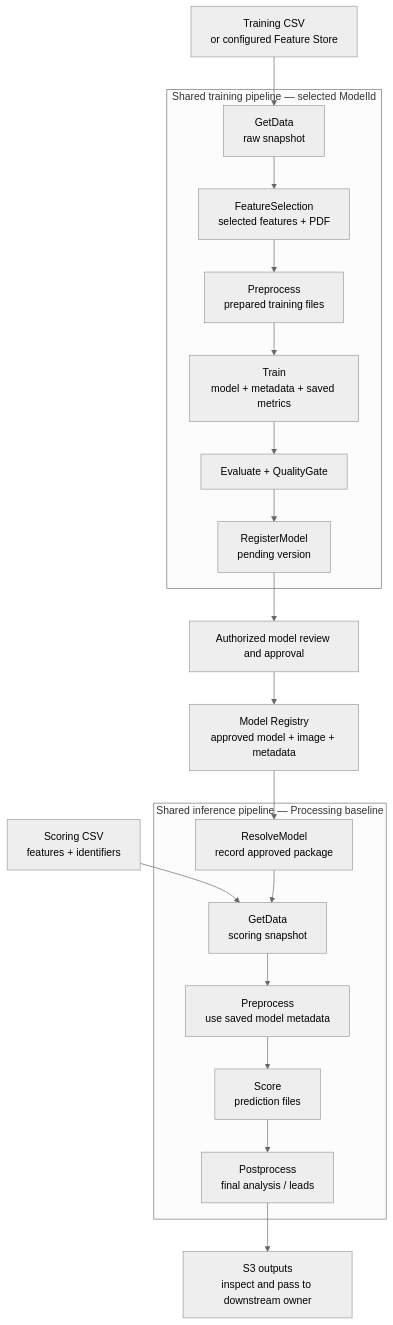
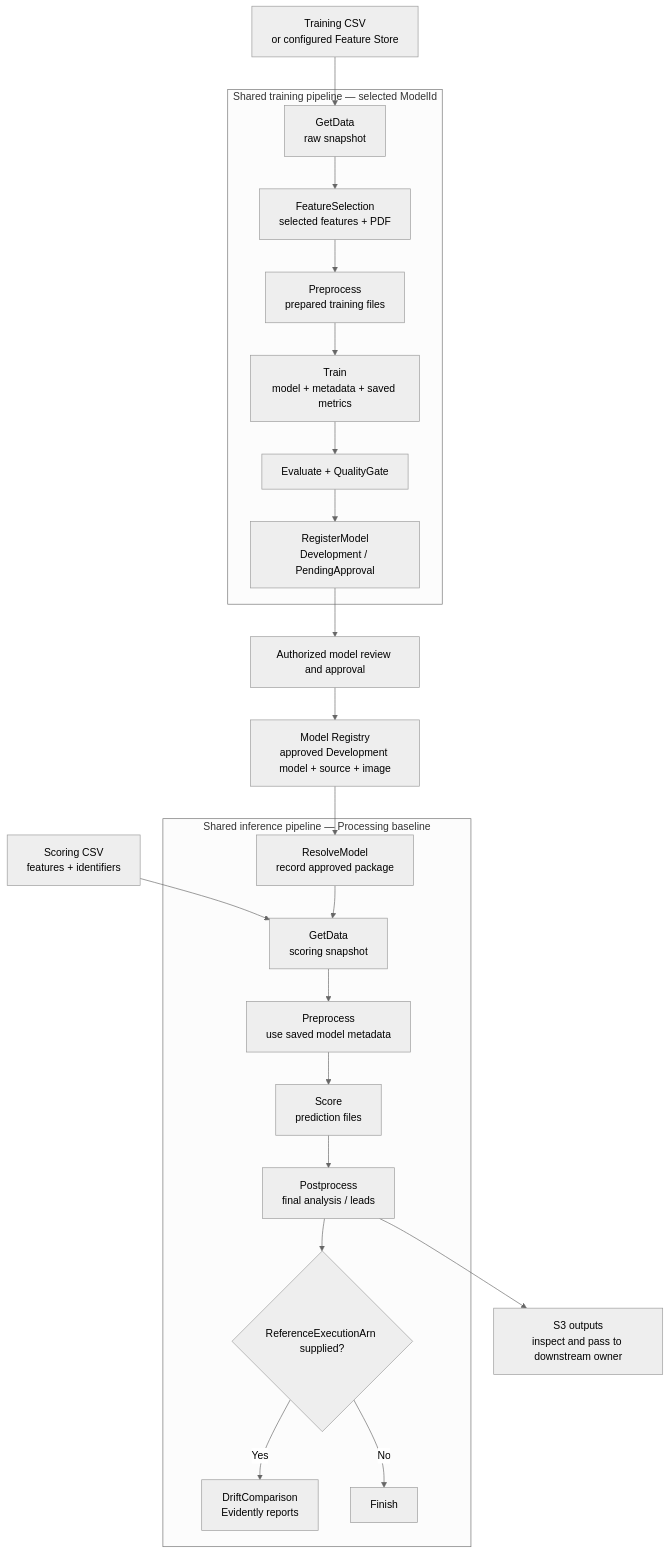
Before and after one commit to kiowajackson/sample-enterprise-mlops-ci-on-aws: the first of 2 diagrams in README.md, drawn with Mermaid (neutral theme). The commit also changed other lines of this file and 61 other files, not shown here.

````diff
--- a/README.md
+++ b/README.md
@@ -93,23 +100,26 @@
 ```mermaid
 flowchart TB
     TrainingCSV["Training CSV<br/>or configured Feature Store"]
     TrainingCSV --> GetTrain["GetData<br/>raw snapshot"]
     subgraph Training["Shared training pipeline — selected ModelId"]
         GetTrain --> Select["FeatureSelection<br/>selected features + PDF"]
         Select --> PrepTrain["Preprocess<br/>prepared training files"]
         PrepTrain --> Train["Train<br/>model + metadata + saved metrics"]
         Train --> Evaluate["Evaluate + QualityGate"]
-        Evaluate --> Register["RegisterModel<br/>pending version"]
+        Evaluate --> Register["RegisterModel<br/>Development / PendingApproval"]
     end
     Register --> Approval["Authorized model review and approval"]
-    Approval --> Registry["Model Registry<br/>approved model + image + metadata"]
+    Approval --> Registry["Model Registry<br/>approved Development model + source + image"]
     ScoringCSV["Scoring CSV<br/>features + identifiers"] --> GetScore
     Registry --> Resolve
     subgraph Inference["Shared inference pipeline — Processing baseline"]
         Resolve["ResolveModel<br/>record approved package"] --> GetScore["GetData<br/>scoring snapshot"]
         GetScore --> PrepScore["Preprocess<br/>use saved model metadata"]
         PrepScore --> Score["Score<br/>prediction files"]
         Score --> Post["Postprocess<br/>final analysis / leads"]
+        Post --> Gate{"ReferenceExecutionArn supplied?"}
+        Gate -->|Yes| Drift["DriftComparison<br/>Evidently reports"]
+        Gate -->|No| Done["Finish"]
     end
     Post --> Results["S3 outputs<br/>inspect and pass to downstream owner"]
 ```
````
